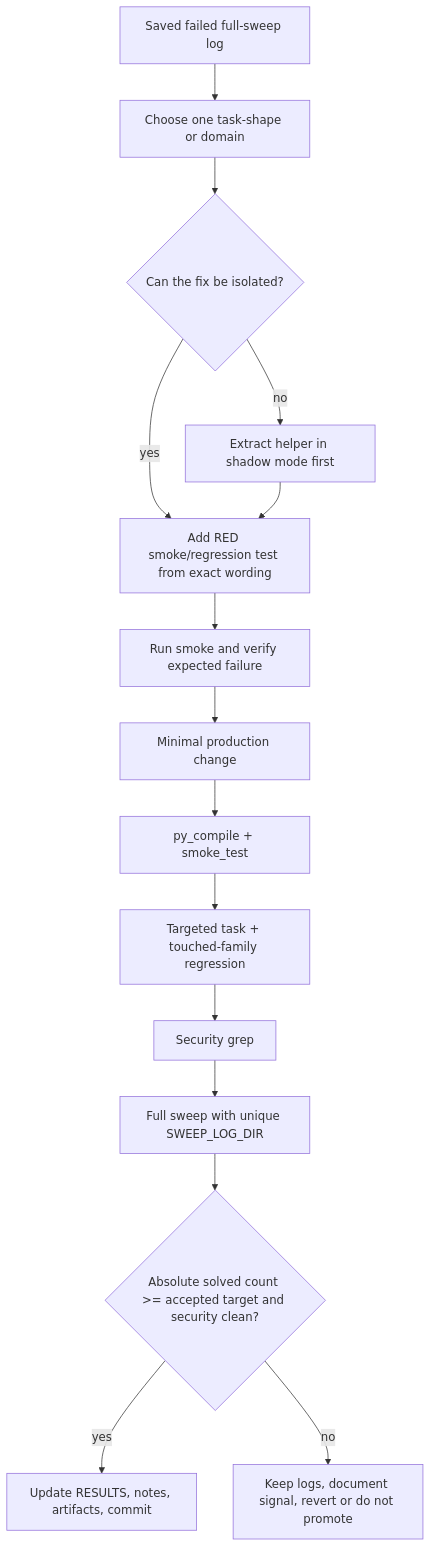
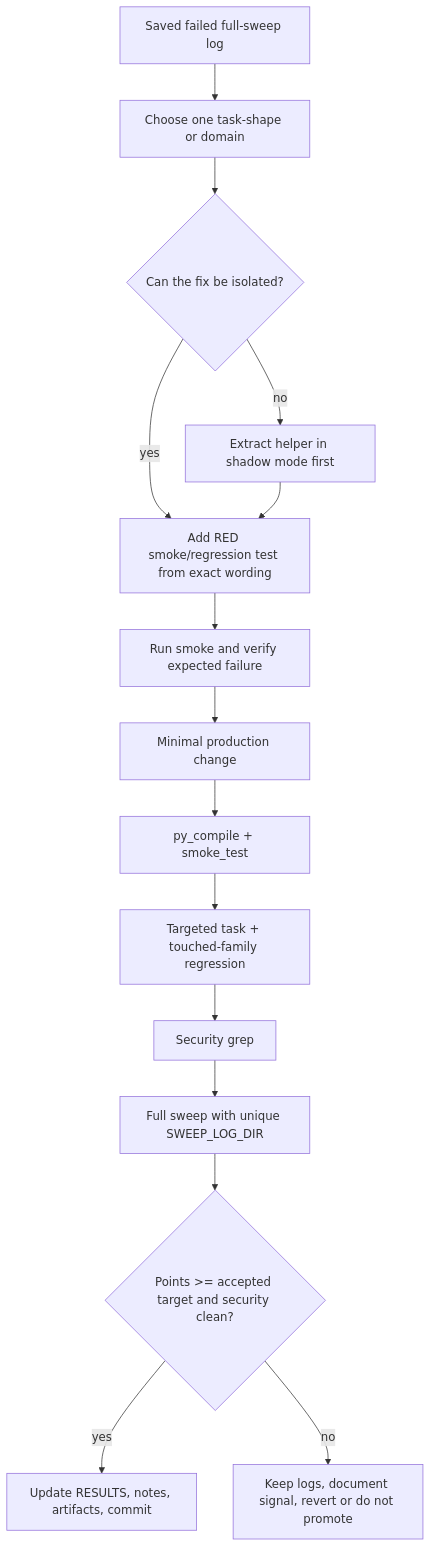
Before and after one commit to Mihailorama/bitgn-ecom-agent: the eighth of 8 diagrams in ARCHITECTURE.md, drawn with Mermaid. The commit also changed other lines of this file and 61 other files, not shown here.

````diff
--- a/ARCHITECTURE.md
+++ b/ARCHITECTURE.md
@@ -315,17 +352,17 @@
 ```mermaid
 flowchart TD
     FailLog[Saved failed full-sweep log] --> Scope[Choose one task-shape or domain]
     Scope --> Isolate{Can the fix be isolated?}
     Isolate -->|yes| Red[Add RED smoke/regression test from exact wording]
     Isolate -->|no| Design[Extract helper in shadow mode first]
     Red --> RedRun[Run smoke and verify expected failure]
     RedRun --> Patch[Minimal production change]
     Patch --> Smoke[py_compile + smoke_test]
     Smoke --> Targeted[Targeted task + touched-family regression]
     Targeted --> Security[Security grep]
     Security --> Full[Full sweep with unique SWEEP_LOG_DIR]
-    Full --> Accept{Absolute solved count >= accepted target and security clean?}
+    Full --> Accept{Points >= accepted target and security clean?}
     Accept -->|yes| Record[Update RESULTS, notes, artifacts, commit]
     Accept -->|no| Reject[Keep logs, document signal, revert or do not promote]
     Design --> Red
 ```
````
